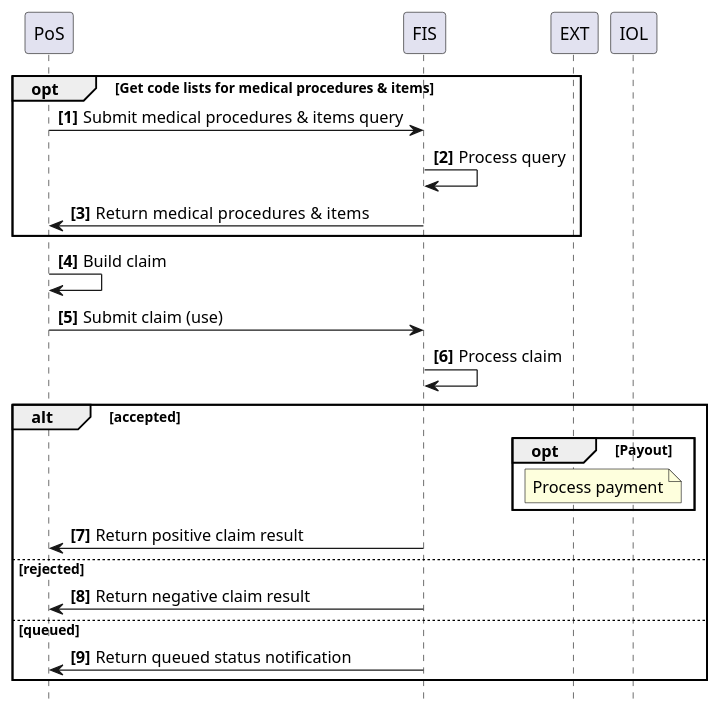
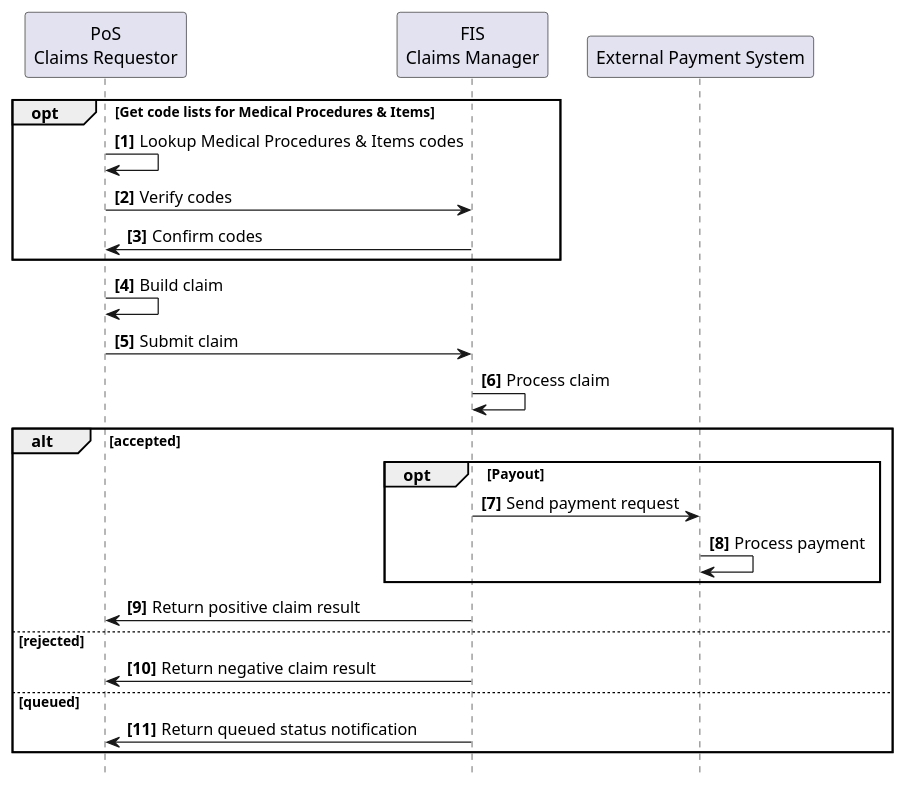
One commit to IHE/ITI.Finance changed the diagram in input/images-source/usecase4-processflow.plantuml. Above: the diagram before and after it, drawn with PlantUML. The commit also changed 4 other files, not shown here.

Commit message:
Fixed some typos and updated diagrams to match updated use case descriptions.

```diff
--- a/input/images-source/usecase4-processflow.plantuml
+++ b/input/images-source/usecase4-processflow.plantuml
@@ -1,33 +1,33 @@
 @startuml
 skinparam svgDimensionStyle false
 hide footbox
 autonumber "<b>[0]"
 
-participant PoS
-participant FIS
-participant EXT
+participant "PoS\nClaims Requestor" as App
+participant "FIS\nClaims Manager" as FIS
+participant "External Payment System" as EXT
 
 
-opt Get code lists for medical procedures & items
-	PoS -> FIS: Submit medical procedures & items query
-	FIS -> FIS: Process query
-	FIS -> PoS: Return  medical procedures & items
+opt Get code lists for Medical Procedures & Items
+	App -> App: Lookup Medical Procedures & Items codes
+	App -> FIS: Verify codes
+	FIS -> App: Confirm codes
 end opt
  
-
-PoS -> PoS: Build claim
-PoS -> FIS: Submit claim (use)
+App -> App: Build claim
+App -> FIS: Submit claim
 FIS -> FIS: Process claim
 
 alt accepted
 	opt Payout
-    	note over IOL, EXT: Process payment
+		FIS->EXT: Send payment request
+   	EXT->EXT: Process payment
 	end opt
-	FIS -> PoS: Return positive claim result
+	FIS -> App: Return positive claim result
 else rejected
-	FIS -> PoS: Return negative claim result
+	FIS -> App: Return negative claim result
 else queued
-	FIS -> PoS: Return queued status notification
+	FIS -> App: Return queued status notification
 end
 
 @enduml
```
